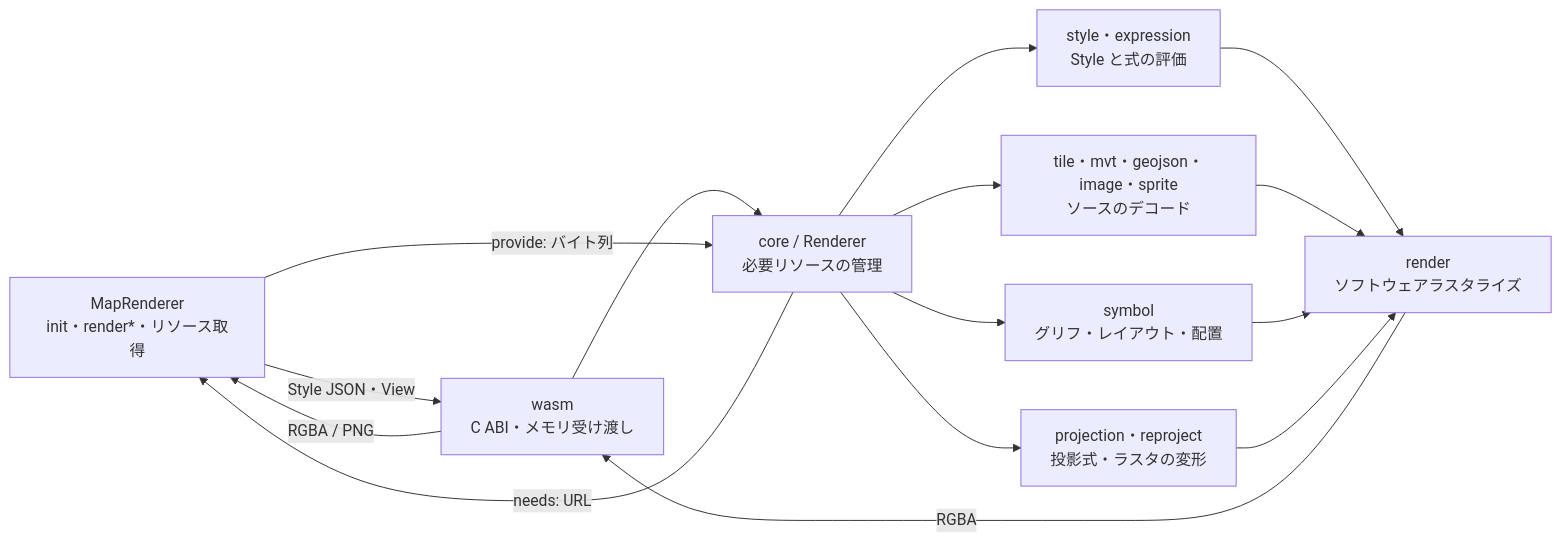
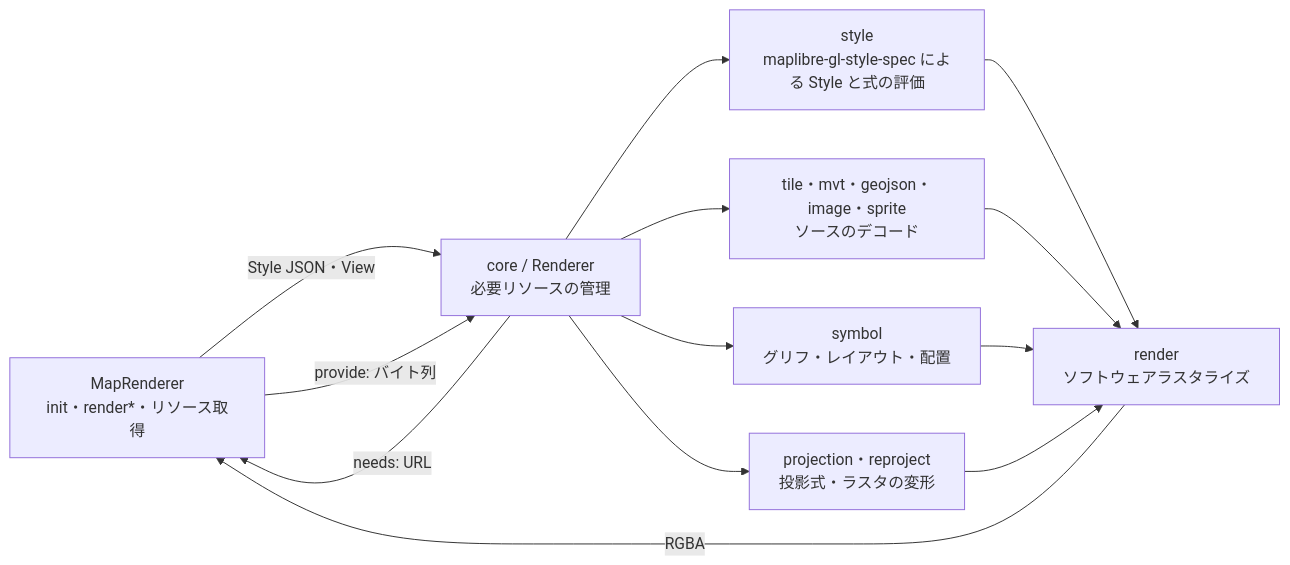
Before and after one commit to Kanahiro/ml2drender: the diagram in README.md, drawn with Mermaid. The commit also changed other lines of this file and 69 other files, not shown here.

First line of the commit message:
Replace the Rust/WASM renderer with the TypeScript port

````diff
--- a/README.md
+++ b/README.md
@@ -115,17 +112,15 @@
 ```mermaid
 flowchart LR
-    Host[MapRenderer<br/>init・render*・リソース取得] -->|Style JSON・View| ABI[wasm<br/>C ABI・メモリ受け渡し]
-    ABI --> Core[core / Renderer<br/>必要リソースの管理]
+    Host[MapRenderer<br/>init・render*・リソース取得] -->|Style JSON・View| Core[core / Renderer<br/>必要リソースの管理]
     Core -->|needs: URL| Host
     Host -->|provide: バイト列| Core
-    Core --> Style[style・expression<br/>Style と式の評価]
+    Core --> Style[style<br/>maplibre-gl-style-spec による Style と式の評価]
     Core --> Sources[tile・mvt・geojson・image・sprite<br/>ソースのデコード]
     Core --> Symbols[symbol<br/>グリフ・レイアウト・配置]
     Core --> Proj[projection・reproject<br/>投影式・ラスタの変形]
     Style --> Draw[render<br/>ソフトウェアラスタライズ]
     Sources --> Draw
     Symbols --> Draw
     Proj --> Draw
-    Draw -->|RGBA| ABI
-    ABI -->|RGBA / PNG| Host
+    Draw -->|RGBA| Host
 ```
````
